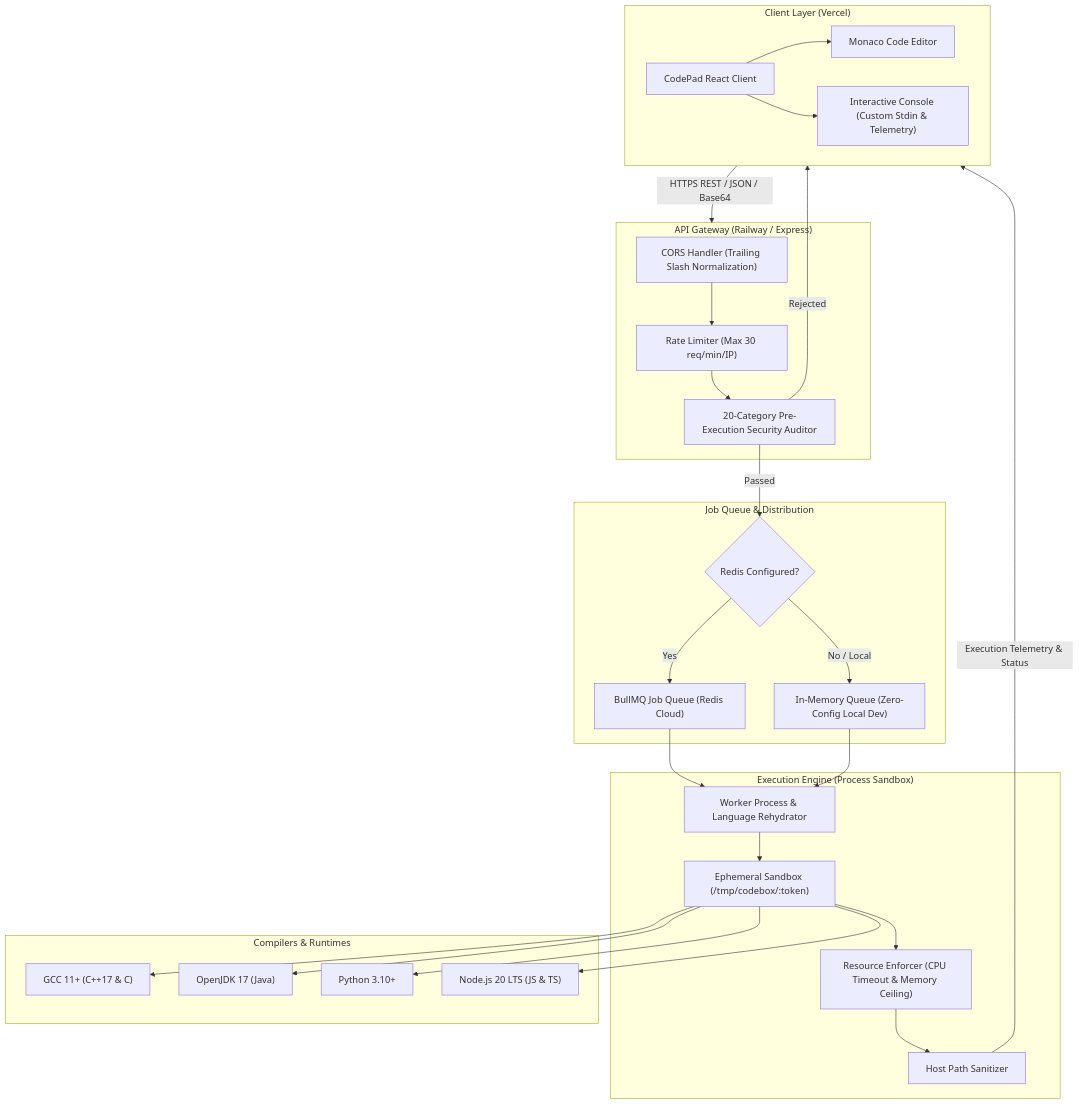
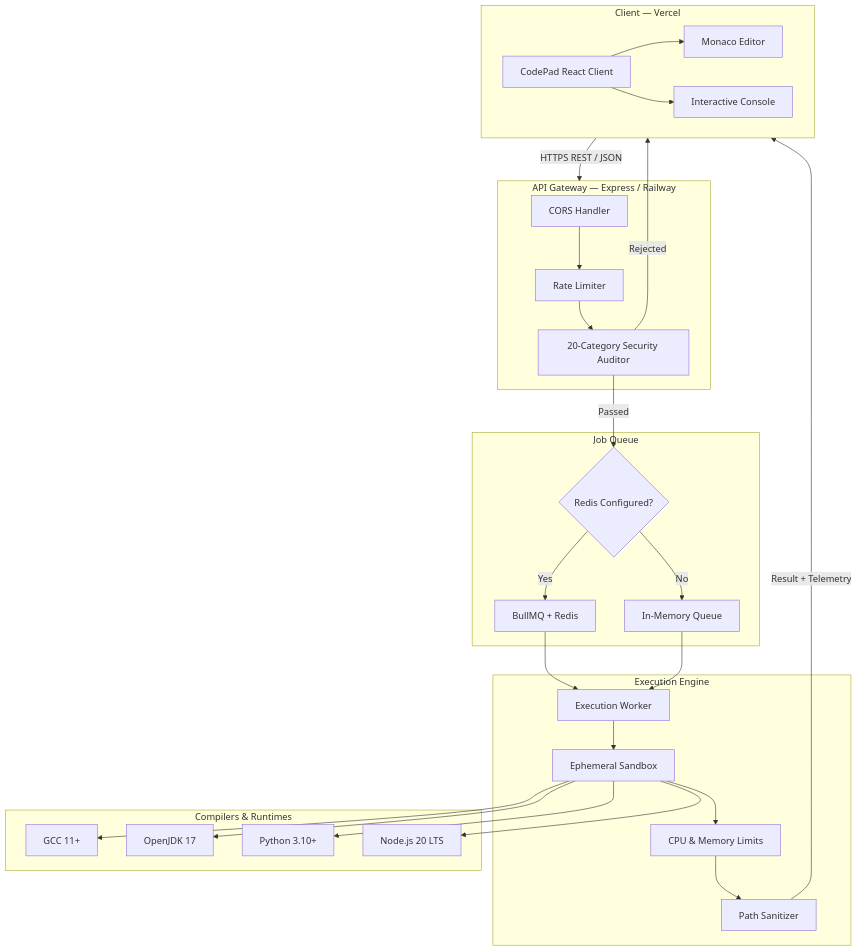
The first of 2 diagrams in README.md (abhinandanmishra1/Leetcode-Ide), drawn with Mermaid before and after one commit. The commit also changed other lines of this file, not shown here.

````diff
--- a/README.md
+++ b/README.md
@@ -15,54 +19,56 @@
 ```mermaid
 flowchart TD
-    subgraph Client ["Client Layer (Vercel)"]
+    subgraph Client ["Client — Vercel"]
         UI["CodePad React Client"]
-        Monaco["Monaco Code Editor"]
-        Console["Interactive Console (Custom Stdin & Telemetry)"]
+        Monaco["Monaco Editor"]
+        Console["Interactive Console"]
         UI --> Monaco
         UI --> Console
     end
 
-    subgraph Gateway ["API Gateway (Railway / Express)"]
-        CORS["CORS Handler (Trailing Slash Normalization)"]
-        RL["Rate Limiter (Max 30 req/min/IP)"]
-        SecAuditor["20-Category Pre-Execution Security Auditor"]
-        CORS --> RL --> SecAuditor
+    subgraph Gateway ["API Gateway — Express / Railway"]
+        CORS["CORS Handler"]
+        RL["Rate Limiter"]
+        Security["20-Category Security Auditor"]
+        CORS --> RL --> Security
     end
 
-    subgraph QueueLayer ["Job Queue & Distribution"]
-        QueueRouter{"Redis Configured?"}
-        BullMQ["BullMQ Job Queue (Redis Cloud)"]
-        MemQueue["In-Memory Queue (Zero-Config Local Dev)"]
-        QueueRouter -->|Yes| BullMQ
-        QueueRouter -->|No / Local| MemQueue
+    subgraph Queue ["Job Queue"]
+        Router{"Redis Configured?"}
+        BullMQ["BullMQ + Redis"]
+        Memory["In-Memory Queue"]
+        Router -->|Yes| BullMQ
+        Router -->|No| Memory
     end
 
-    subgraph Sandbox ["Execution Engine (Process Sandbox)"]
-        Worker["Worker Process & Language Rehydrator"]
-        Scratch["Ephemeral Sandbox (/tmp/codebox/:token)"]
-        Limits["Resource Enforcer (CPU Timeout & Memory Ceiling)"]
-        Sanitizer["Host Path Sanitizer"]
-        
+    subgraph Sandbox ["Execution Engine"]
+        Worker["Execution Worker"]
+        Scratch["Ephemeral Sandbox"]
+        Limits["CPU & Memory Limits"]
+        Sanitizer["Path Sanitizer"]
+
         Worker --> Scratch
         Scratch --> Limits
         Limits --> Sanitizer
     end
 
-    subgraph Runtimes ["Compilers & Runtimes"]
-        GCC["GCC 11+ (C++17 & C)"]
-        JDK["OpenJDK 17 (Java)"]
-        Py["Python 3.10+"]
-        Node["Node.js 20 LTS (JS & TS)"]
+    subgraph Runtime ["Compilers & Runtimes"]
+        GCC["GCC 11+"]
+        JDK["OpenJDK 17"]
+        Python["Python 3.10+"]
+        Node["Node.js 20 LTS"]
     end
 
-    Client -->|HTTPS REST / JSON / Base64| Gateway
-    SecAuditor -->|Passed| QueueRouter
-    SecAuditor -->|Rejected| Client
+    Client -->|HTTPS REST / JSON| Gateway
+    Security -->|Passed| Router
+    Security -->|Rejected| Client
     BullMQ --> Worker
-    MemQueue --> Worker
+    Memory --> Worker
+
     Scratch --> GCC
     Scratch --> JDK
-    Scratch --> Py
+    Scratch --> Python
     Scratch --> Node
-    Sanitizer -->|Execution Telemetry & Status| Client
+
+    Sanitizer -->|Result + Telemetry| Client
 ```
````
